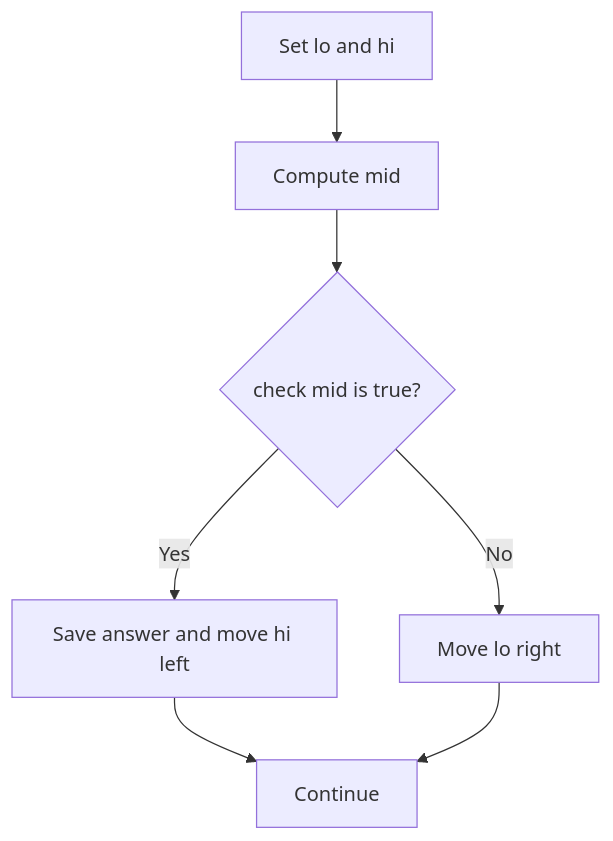
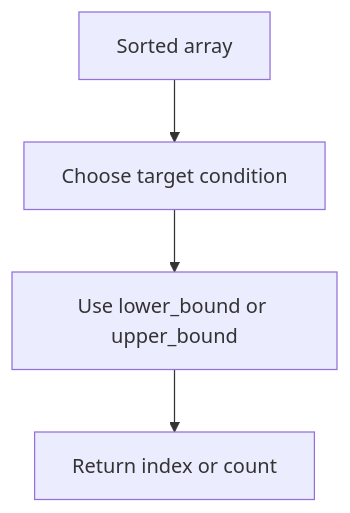
One commit to mthaiseer/springcloud-systemdesign-notes changed the tenth of 24 diagrams in CP_DSA_NOTES/CONCEPT_FRAMEWORK_FORMS_TATICS/binary_search_playbook.md. Above: the diagram before and after it, drawn with Mermaid. The commit also changed other lines of this file, not shown here.

````diff
--- a/CP_DSA_NOTES/CONCEPT_FRAMEWORK_FORMS_TATICS/binary_search_playbook.md
+++ b/CP_DSA_NOTES/CONCEPT_FRAMEWORK_FORMS_TATICS/binary_search_playbook.md
@@ -215,9 +358,6 @@
 ```mermaid
 flowchart TD
-    A["Set lo and hi"] --> B["Compute mid"]
-    B --> C{"check mid is true?"}
-    C -->|"Yes"| D["Save answer and move hi left"]
-    C -->|"No"| E["Move lo right"]
-    D --> F["Continue"]
-    E --> F
+    A["Sorted array"] --> B["Choose target condition"]
+    B --> C["Use lower_bound or upper_bound"]
+    C --> D["Return index or count"]
 ```
````
